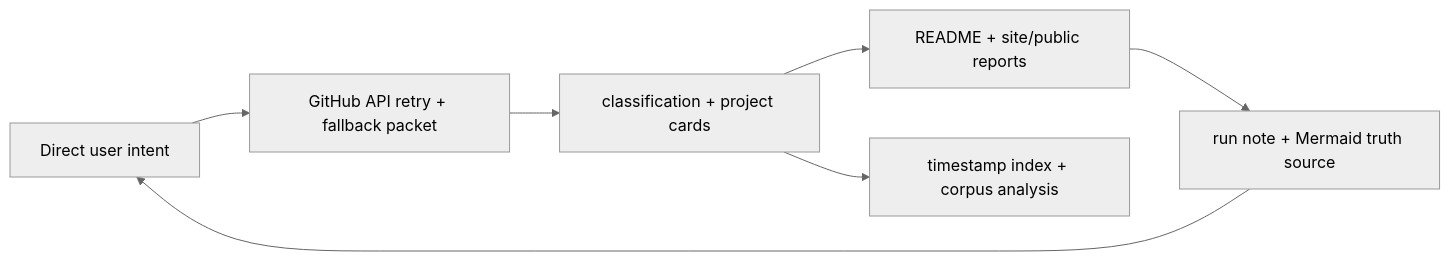
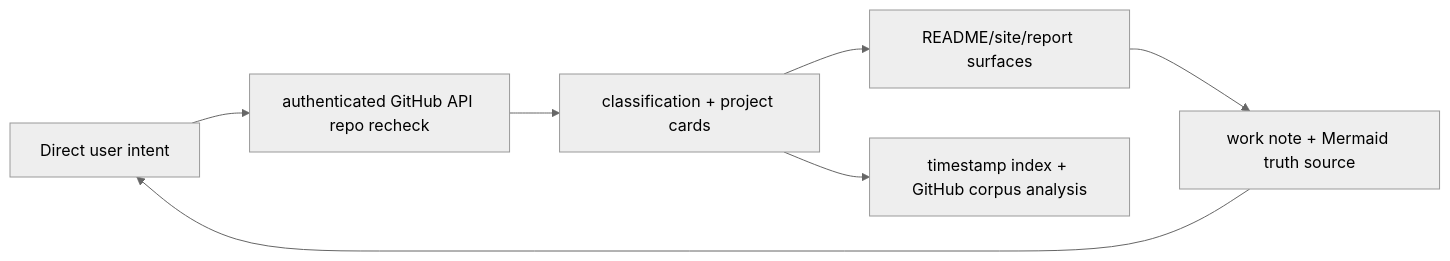
The diagram in .mermaid/current/graph.mmd (Shiyao-Huang/awesome-agent-evolution), drawn with Mermaid (neutral theme) before and after one commit. The commit also changed 51 other files, not shown here.

Commit message:
chore: refresh hourly public metadata packet

```diff
--- a/.mermaid/current/graph.mmd
+++ b/.mermaid/current/graph.mmd
@@ -1,7 +1,7 @@
 flowchart LR
-  intent["Direct user intent"] --> raw["GitHub API retry + fallback packet"]
+  intent["Direct user intent"] --> raw["authenticated GitHub API repo recheck"]
   raw --> processed["classification + project cards"]
-  processed --> public["README + site/public reports"]
-  processed --> indexes["timestamp index + corpus analysis"]
-  public --> note["run note + Mermaid truth source"]
+  processed --> results["README/site/report surfaces"]
+  processed --> indexes["timestamp index + GitHub corpus analysis"]
+  results --> note["work note + Mermaid truth source"]
   note --> intent
```
